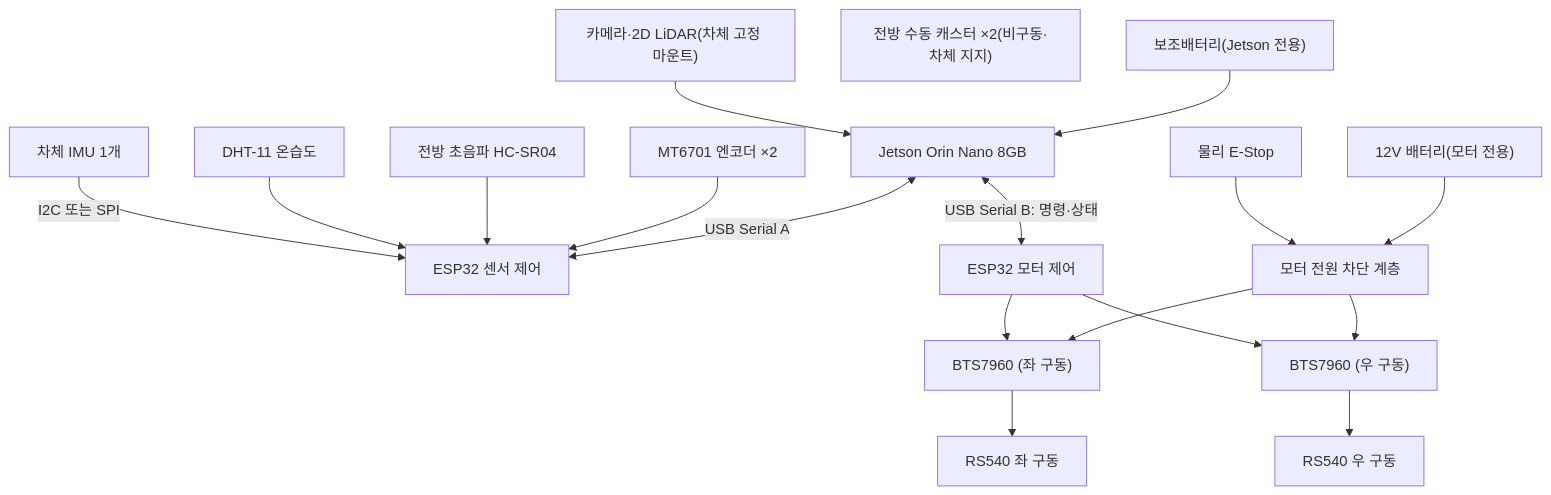
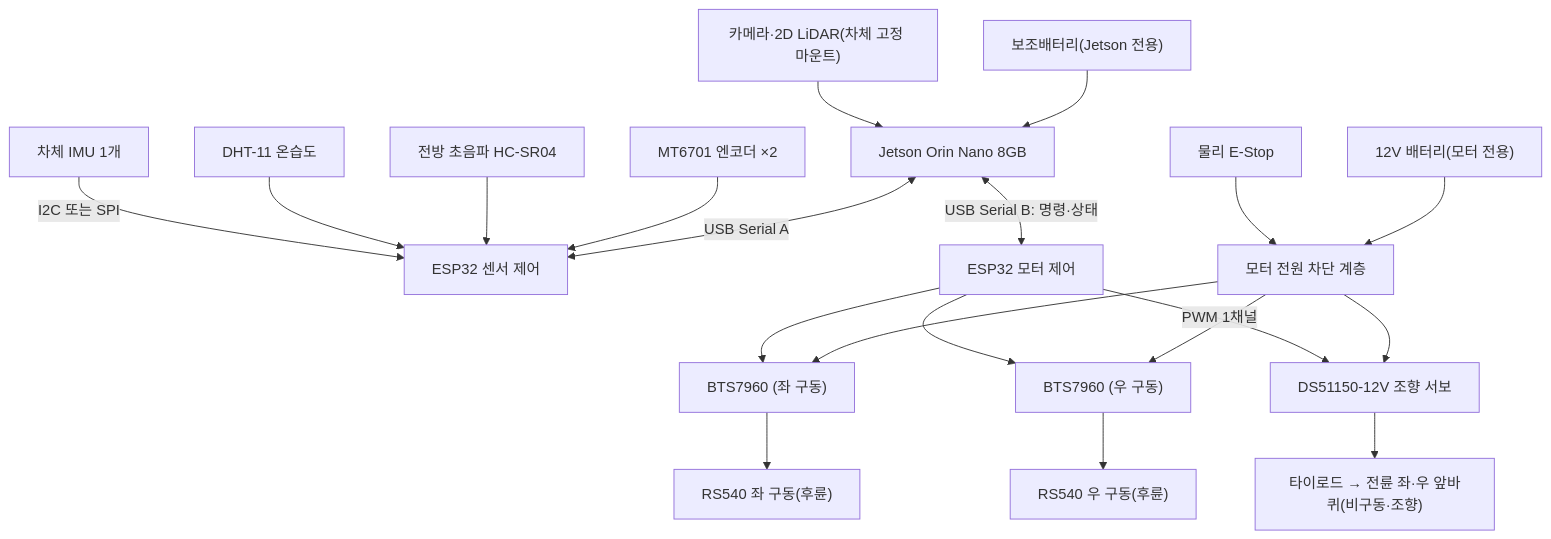
One commit to Common-AIOT/Sentinel-UGV changed the diagram in docs/02-하드웨어.md. Above: the diagram before and after it, drawn with Mermaid. The commit also changed other lines of this file and 7 other files, not shown here.

````diff
--- a/docs/02-하드웨어.md
+++ b/docs/02-하드웨어.md
@@ -98,20 +115,22 @@
 ```mermaid
 flowchart TB
     sensors["카메라·2D LiDAR(차체 고정 마운트)"] --> jetson["Jetson Orin Nano 8GB"]
     imu["차체 IMU 1개"] -->|"I2C 또는 SPI"| esp32s
     environment["DHT-11 온습도"] --> esp32s["ESP32 센서 제어"]
     ultrasonic["전방 초음파 HC-SR04"] --> esp32s
     encoders["MT6701 엔코더 ×2"] --> esp32s
     jetson <-->|"USB Serial A"| esp32s
     jetson <-->|"USB Serial B: 명령·상태"| esp32m["ESP32 모터 제어"]
     esp32m --> driverL["BTS7960 (좌 구동)"]
     esp32m --> driverR["BTS7960 (우 구동)"]
-    driverL --> motorL["RS540 좌 구동"]
-    driverR --> motorR["RS540 우 구동"]
-    caster["전방 수동 캐스터 ×2(비구동·차체 지지)"]
+    esp32m -->|"PWM 1채널"| servo["DS51150-12V 조향 서보"]
+    driverL --> motorL["RS540 좌 구동(후륜)"]
+    driverR --> motorR["RS540 우 구동(후륜)"]
+    servo --> tierod["타이로드 → 전륜 좌·우 앞바퀴(비구동·조향)"]
     estop["물리 E-Stop"] --> power["모터 전원 차단 계층"]
     power --> driverL
     power --> driverR
+    power --> servo
     battM["12V 배터리(모터 전용)"] --> power
     battJ["보조배터리(Jetson 전용)"] --> jetson
 ```
````
